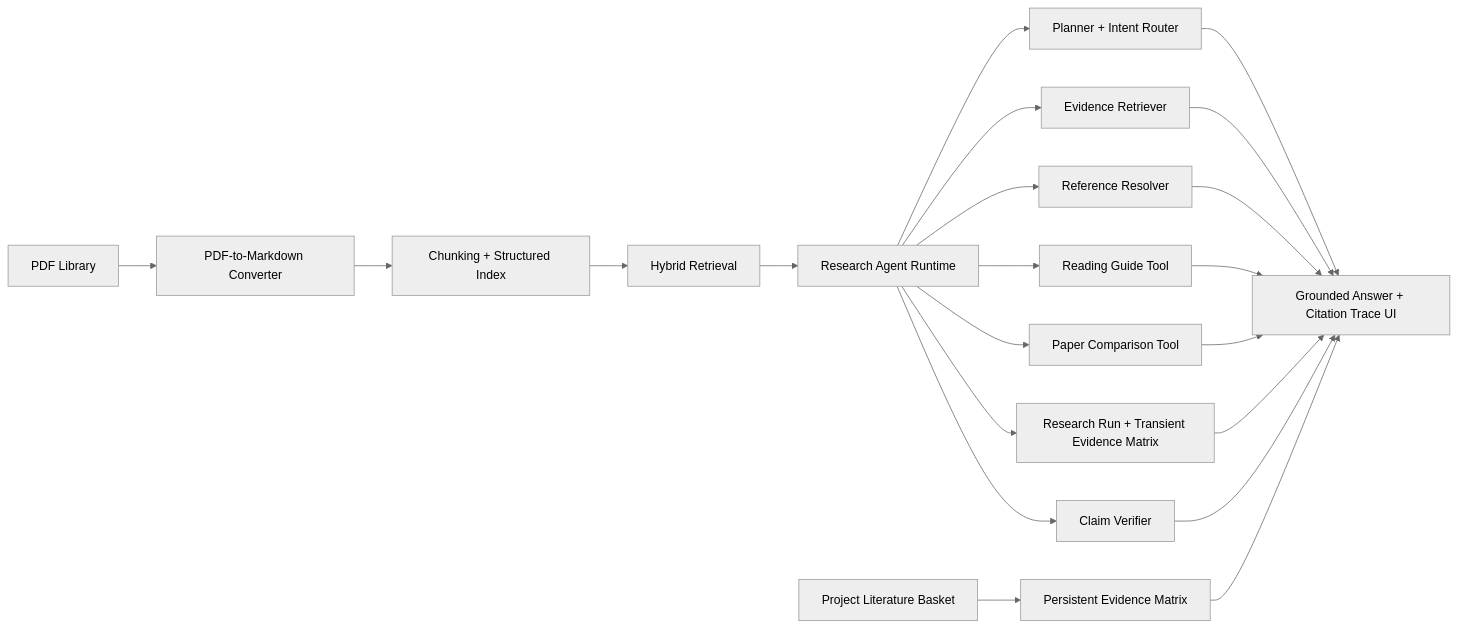
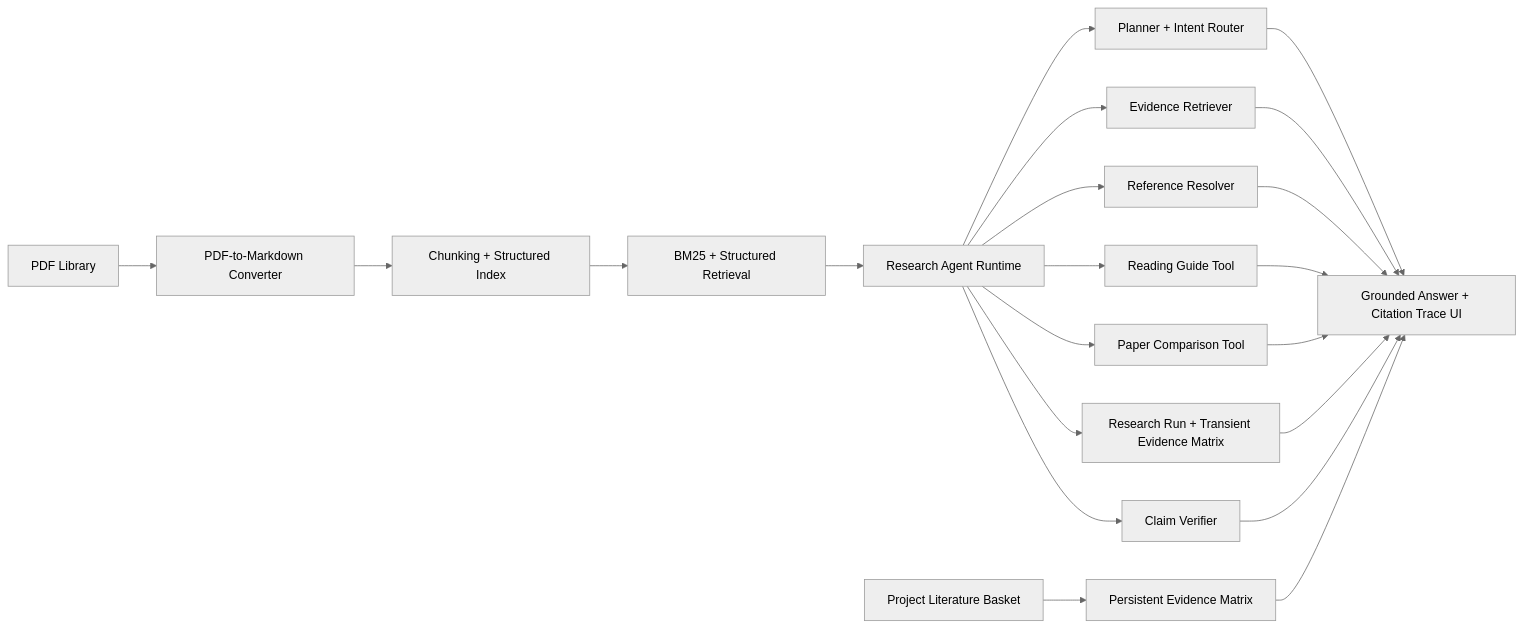
Before and after one commit to LittlePyx/Pi_zaya: the diagram in README.md, drawn with Mermaid (neutral theme). The commit also changed other lines of this file and 16 other files, not shown here.

Commit message:
feat: establish hybrid retrieval foundation

````diff
--- a/README.md
+++ b/README.md
@@ -88,23 +88,23 @@
 ```mermaid
 flowchart LR
   A["PDF Library"] --> B["PDF-to-Markdown Converter"]
   B --> C["Chunking + Structured Index"]
-  C --> D["Hybrid Retrieval"]
+  C --> D["BM25 + Structured Retrieval"]
   D --> E["Research Agent Runtime"]
   E --> P["Planner + Intent Router"]
   E --> R["Evidence Retriever"]
   E --> X["Reference Resolver"]
   E --> G["Reading Guide Tool"]
   E --> M["Paper Comparison Tool"]
   E --> Q["Research Run + Transient Evidence Matrix"]
   E --> V["Claim Verifier"]
   L["Project Literature Basket"] --> EM["Persistent Evidence Matrix"]
   P --> O["Grounded Answer + Citation Trace UI"]
   R --> O
   X --> O
   G --> O
   M --> O
   Q --> O
   V --> O
   EM --> O
 ```
````
